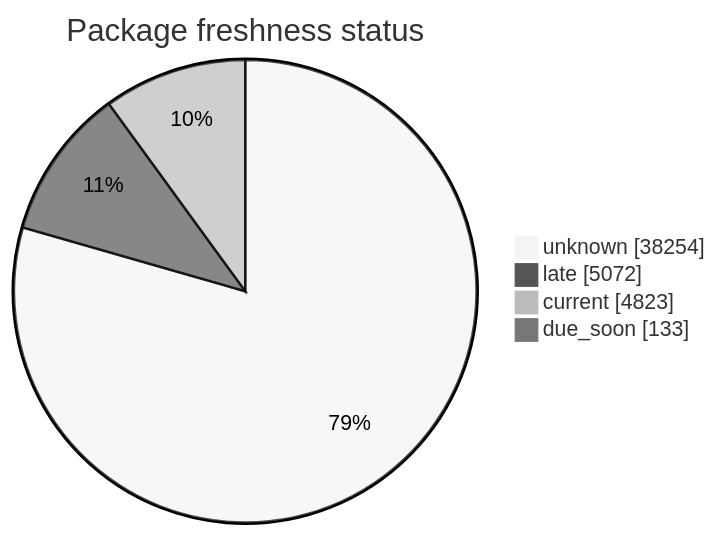
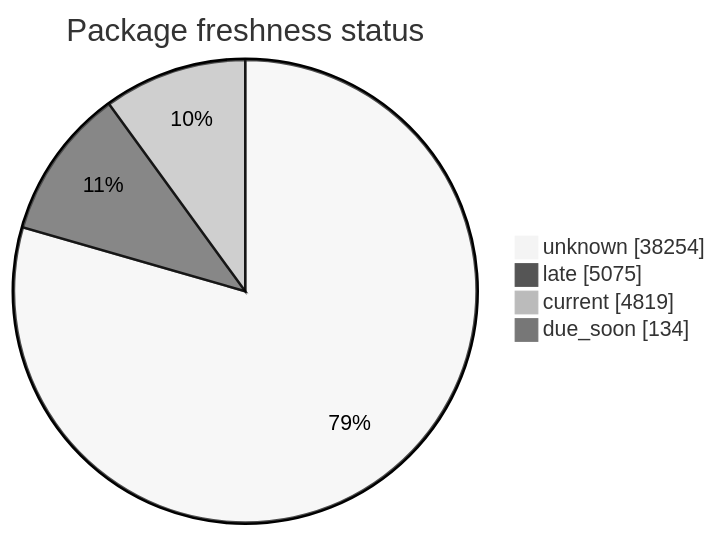
Before and after one commit to open-data/analytics-corporate-reporting: the second of 5 diagrams in FreshCheck/README.md, drawn with Mermaid (neutral theme). The commit also changed other lines of this file and 3 other files, not shown here.

````diff
--- a/FreshCheck/README.md
+++ b/FreshCheck/README.md
@@ -68,7 +68,7 @@
 ```mermaid
 pie showData title Package freshness status
     "unknown": 38254
-    "late": 5072
-    "current": 4823
-    "due_soon": 133
+    "late": 5075
+    "current": 4819
+    "due_soon": 134
 ```
````
